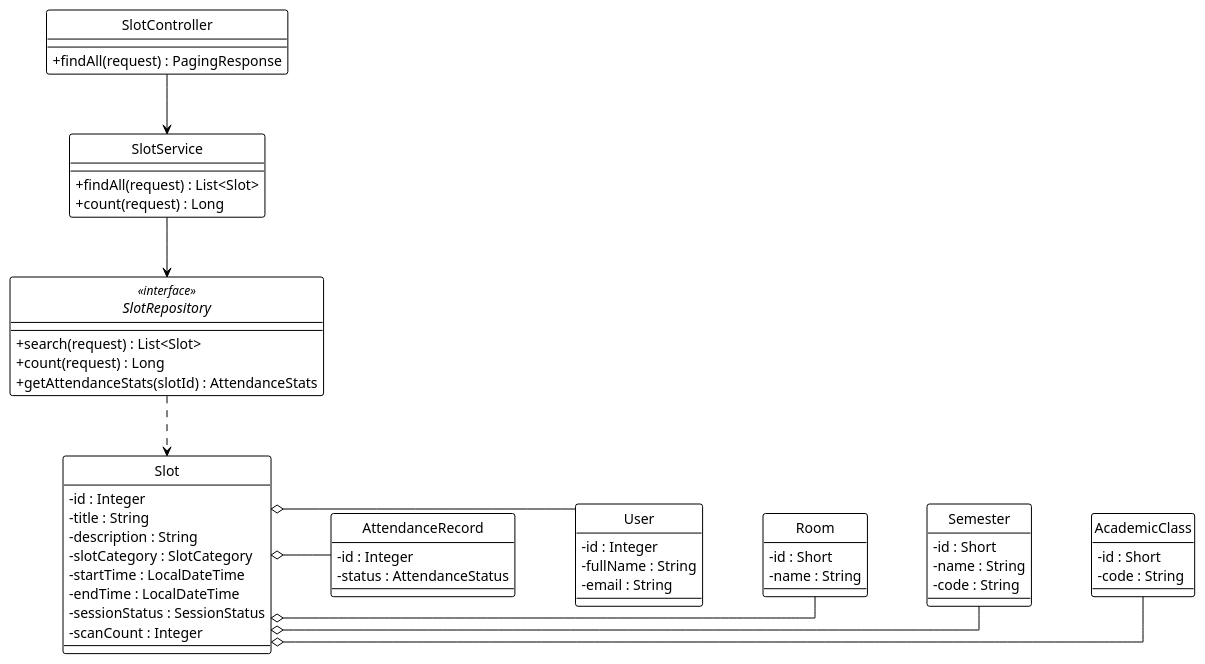
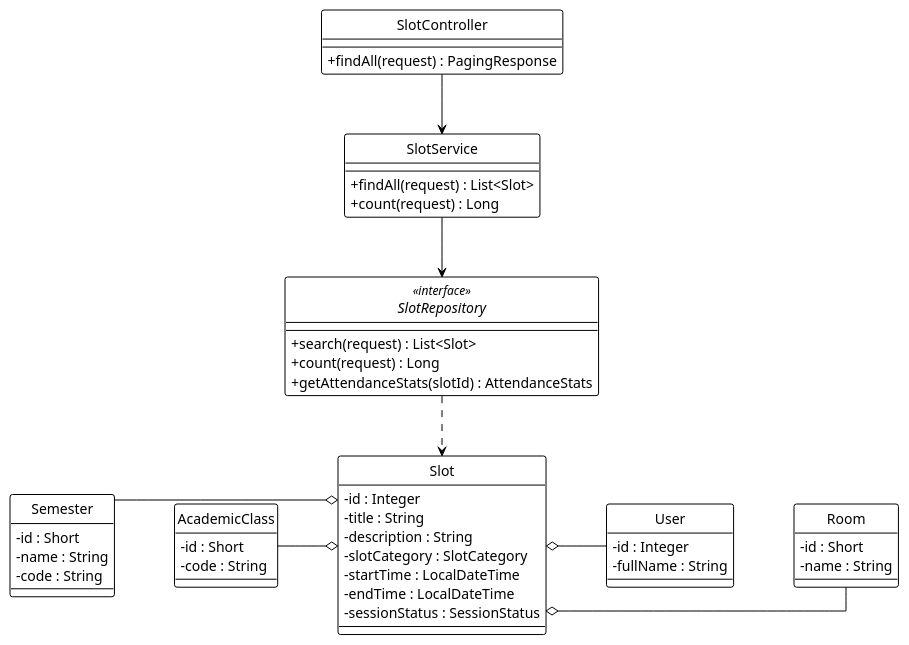
One commit to Ndh474/context changed the diagram in system_detailed_design/33_view_list_slot/class_diagram_view_list_slot.puml. Above: the diagram before and after it, drawn with PlantUML. The commit also changed 9 other files, not shown here.

```diff
--- a/system_detailed_design/33_view_list_slot/class_diagram_view_list_slot.puml
+++ b/system_detailed_design/33_view_list_slot/class_diagram_view_list_slot.puml
@@ -1,82 +1,74 @@
 @startuml view_list_slot
 !theme plain
 hide circle
 skinparam classAttributeIconSize 0
 
 ' --- CẤU HÌNH "ORTHO" (BẮT BUỘC) ---
 skinparam linetype ortho
 skinparam nodesep 60
 skinparam ranksep 60
 
 ' --- CONTROLLER ---
 class SlotController {
   + findAll(request) : PagingResponse
 }
 
 ' --- SERVICE ---
 class SlotService {
   + findAll(request) : List<Slot>
   + count(request) : Long
 }
 
 ' --- REPOSITORY ---
 interface SlotRepository <<interface>> {
   + search(request) : List<Slot>
   + count(request) : Long
   + getAttendanceStats(slotId) : AttendanceStats
 }
 
 ' --- ENTITIES ---
 class Slot {
   - id : Integer
   - title : String
   - description : String
   - slotCategory : SlotCategory
   - startTime : LocalDateTime
   - endTime : LocalDateTime
   - sessionStatus : SessionStatus
-  - scanCount : Integer
 }
 
 class AcademicClass {
   - id : Short
   - code : String
 }
 
 class Semester {
   - id : Short
   - name : String
   - code : String
 }
 
 class Room {
   - id : Short
   - name : String
 }
 
 class User {
   - id : Integer
   - fullName : String
-  - email : String
-}
-
-class AttendanceRecord {
-  - id : Integer
-  - status : AttendanceStatus
 }
 
 ' --- DEPENDENCY INJECTION (Association) ---
 SlotController -down-> SlotService
 SlotService -down-> SlotRepository
 
 ' --- REPOSITORY USAGE (Dependency) ---
 SlotRepository .down.> Slot
 
 ' --- ENTITY RELATIONSHIPS (Aggregation) ---
-Slot o-right- AcademicClass
-Slot o-right- Semester
+Slot o-left- AcademicClass
+Slot o-left- Semester
 Slot o-right- Room
 Slot o-right- User
-Slot o-right- AttendanceRecord
 
 @enduml
```
